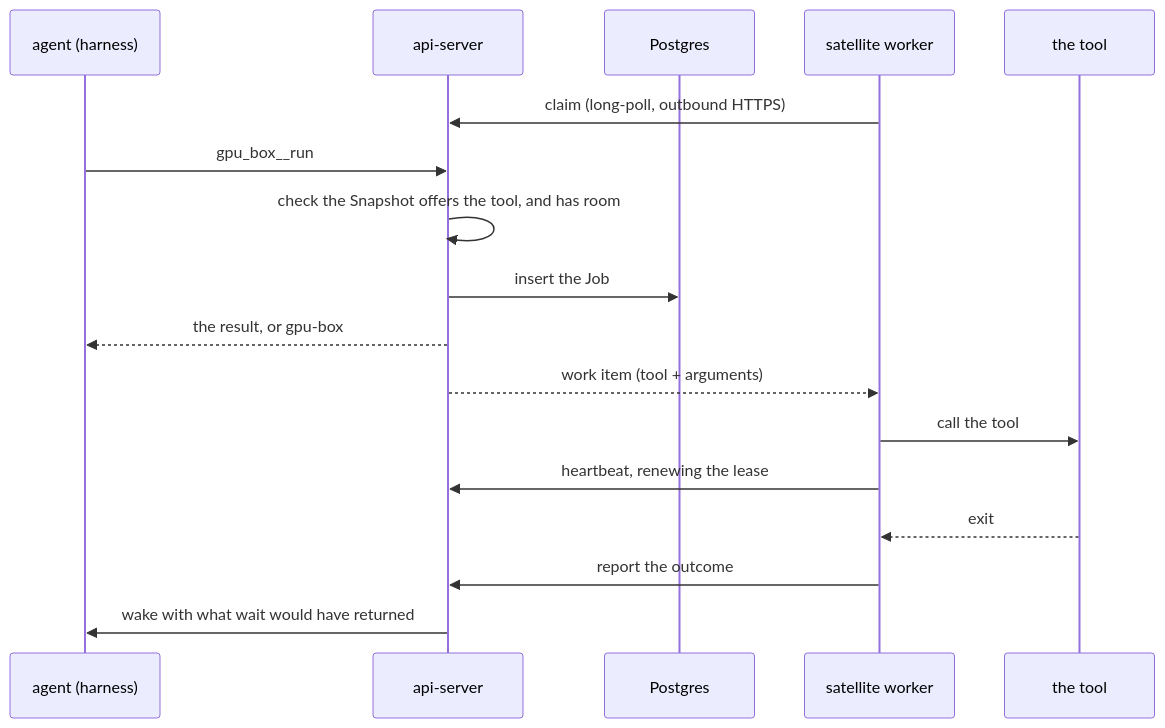
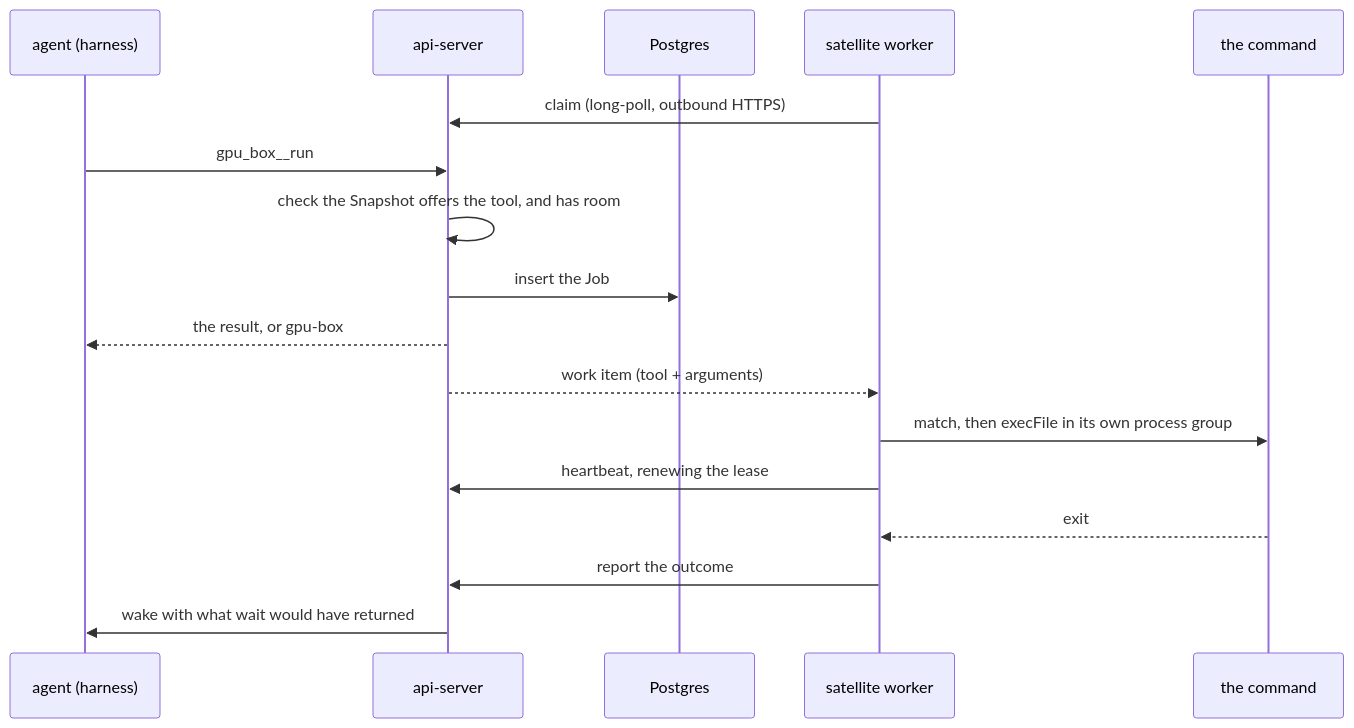
One commit to dam-agents/dam changed the diagram in docs/architecture/satellites.md. Above: the diagram before and after it, drawn with Mermaid. The commit also changed other lines of this file and 36 other files, not shown here.

````diff
--- a/docs/architecture/satellites.md
+++ b/docs/architecture/satellites.md
@@ -33,20 +34,20 @@
 ```mermaid
 sequenceDiagram
   participant RT as agent (harness)
   participant AS as api-server
   participant PG as Postgres
   participant SAT as satellite worker
-  participant P as the tool
+  participant P as the command
 
   SAT->>AS: claim (long-poll, outbound HTTPS)
   RT->>AS: gpu_box__run
   AS->>AS: check the Snapshot offers the tool, and has room
   AS->>PG: insert the Job
   AS-->>RT: the result, or gpu-box#7
   AS-->>SAT: work item (tool + arguments)
-  SAT->>P: call the tool
+  SAT->>P: match, then execFile in its own process group
   SAT->>AS: heartbeat, renewing the lease
   P-->>SAT: exit
   SAT->>AS: report the outcome
   AS->>RT: wake with what wait would have returned
 ```
````
